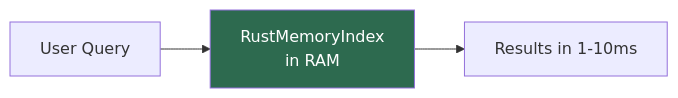
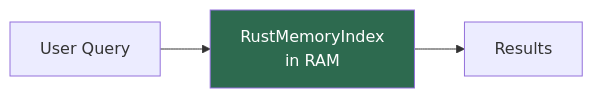
One commit to Magic-Man-us/MemoryCore changed the third of 5 diagrams in docs/architecture.md. Above: the diagram before and after it, drawn with Mermaid. The commit also changed other lines of this file and 45 other files, not shown here.

````diff
--- a/docs/architecture.md
+++ b/docs/architecture.md
@@ -35,6 +41,6 @@
 ```mermaid
 flowchart LR
     Q[User Query] --> Rust[RustMemoryIndex<br>in RAM]
-    Rust --> R[Results in 1-10ms]
+    Rust --> R[Results]
     style Rust fill:#2d6a4f,color:#fff
 ```
````
